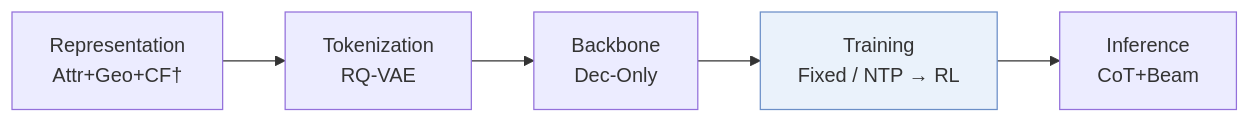
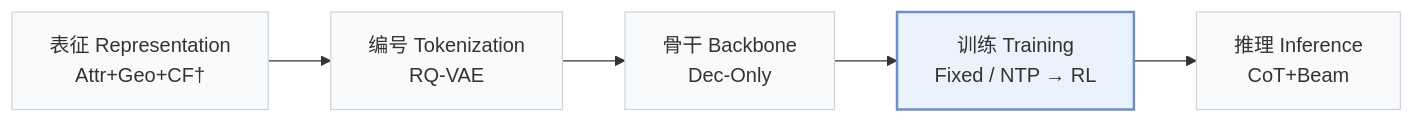
The first of 3 diagrams in pages/zh/papers/think2go.md (Galaxy-ghost/Awesome-SID-Generative-Rec), drawn with Mermaid before and after one commit. The commit also changed other lines of this file and 649 other files, not shown here.

Commit message:
writer-05: also tags and modality index (schema, check, build, visuals); summary field removed; calibration data for 12 papers

````diff
--- a/pages/zh/papers/think2go.md
+++ b/pages/zh/papers/think2go.md
@@ -13,6 +15,8 @@
 ```mermaid
 flowchart LR
-    R["Representation<br/>Attr+Geo+CF†"] --> T["Tokenization<br/>RQ-VAE"] --> B["Backbone<br/>Dec-Only"] --> TR["Training<br/>Fixed / NTP → RL"] --> I["Inference<br/>CoT+Beam"]
-    classDef main fill:#eaf2fb,stroke:#6b8fc7
+    R["表征 Representation<br/>Attr+Geo+CF†"] --> T["编号 Tokenization<br/>RQ-VAE"] --> B["骨干 Backbone<br/>Dec-Only"] --> TR["训练 Training<br/>Fixed / NTP → RL"] --> I["推理 Inference<br/>CoT+Beam"]
+    classDef base fill:#f8fafc,stroke:#cbd5e1
+    class R,T,B,TR,I base
+    classDef main fill:#eaf2fb,stroke:#6b8fc7,stroke-width:2px
     class TR main
 ```
````
